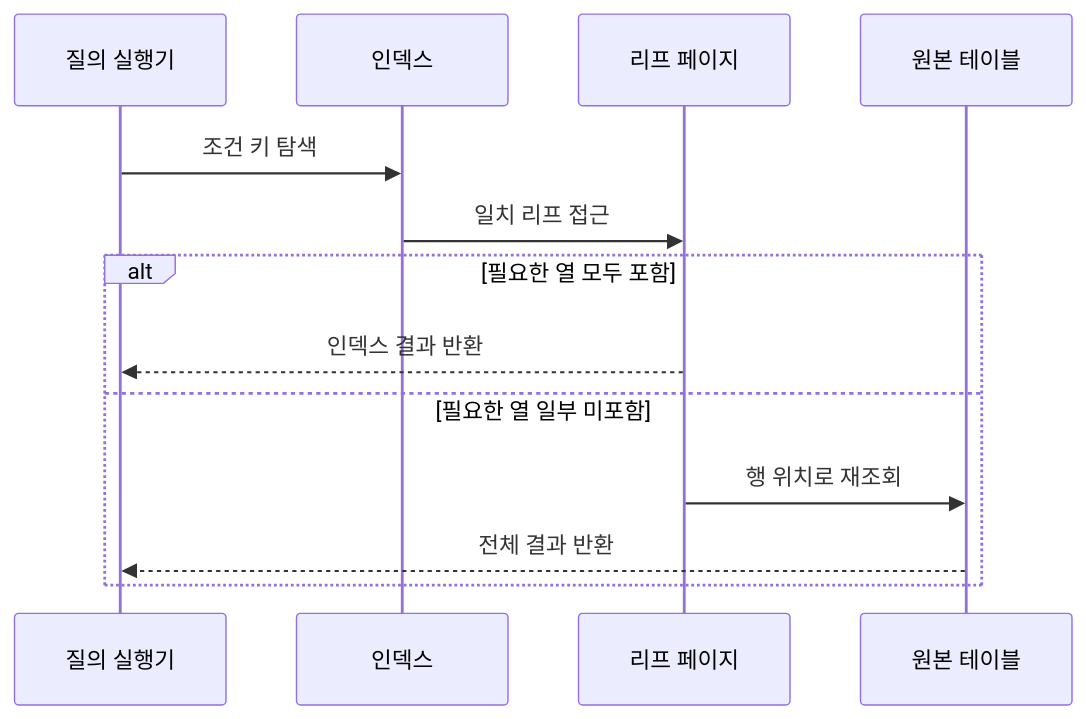
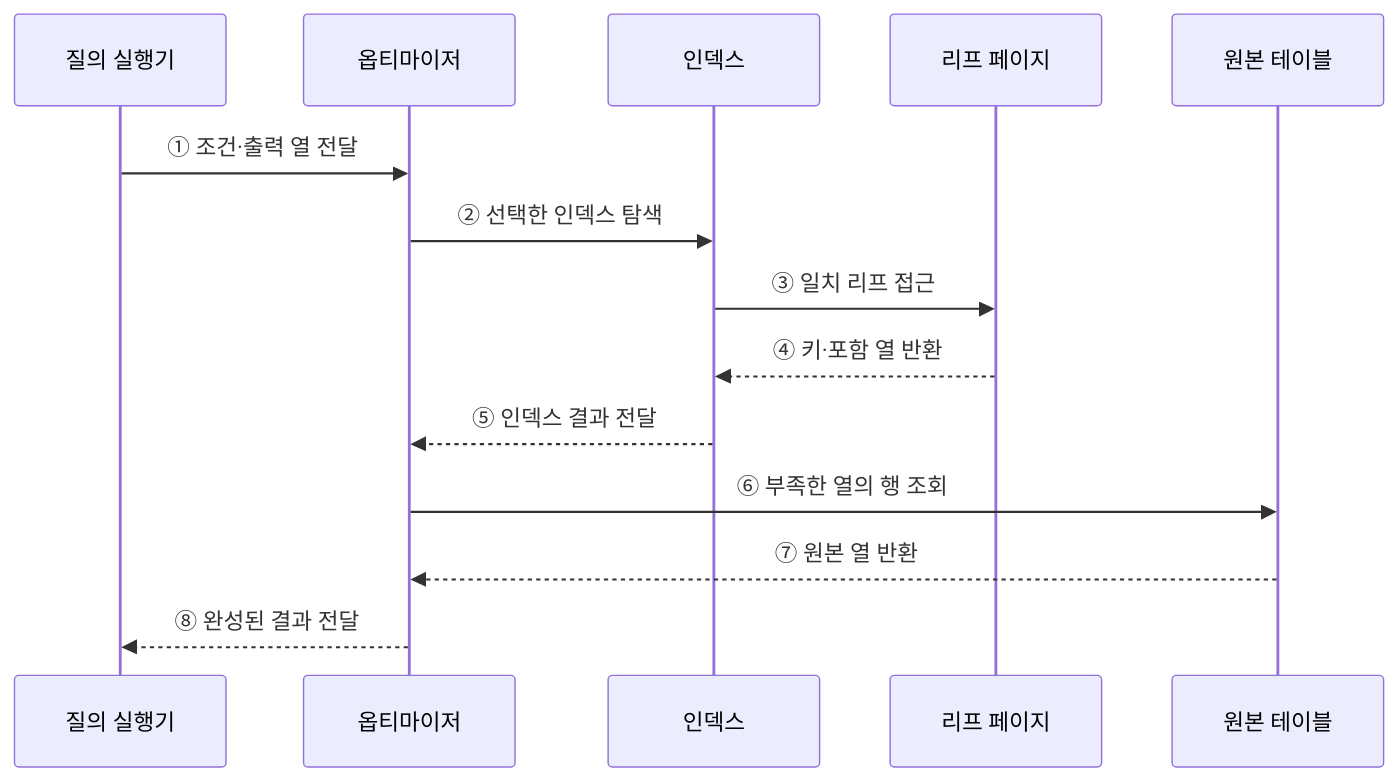
The second of 2 diagrams in src/content/docs/notes/03-software/094_clustered_covering_index.md (agnusdei1207/knowledge-base), drawn with Mermaid before and after one commit. The commit also changed other lines of this file and 20 other files, not shown here.

````diff
--- a/src/content/docs/notes/03-software/094_clustered_covering_index.md
+++ b/src/content/docs/notes/03-software/094_clustered_covering_index.md
@@ -80,15 +69,16 @@
 ```mermaid
 sequenceDiagram
     participant Q as 질의 실행기
+    participant O as 옵티마이저
     participant I as 인덱스
     participant L as 리프 페이지
     participant T as 원본 테이블
-    Q->>I: 조건 키 탐색
-    I->>L: 일치 리프 접근
-    alt 필요한 열 모두 포함
-        L-->>Q: 인덱스 결과 반환
-    else 필요한 열 일부 미포함
-        L->>T: 행 위치로 재조회
-        T-->>Q: 전체 결과 반환
-    end
+    Q->>O: ① 조건·출력 열 전달
+    O->>I: ② 선택한 인덱스 탐색
+    I->>L: ③ 일치 리프 접근
+    L-->>I: ④ 키·포함 열 반환
+    I-->>O: ⑤ 인덱스 결과 전달
+    O->>T: ⑥ 부족한 열의 행 조회
+    T-->>O: ⑦ 원본 열 반환
+    O-->>Q: ⑧ 완성된 결과 전달
 ```
````
